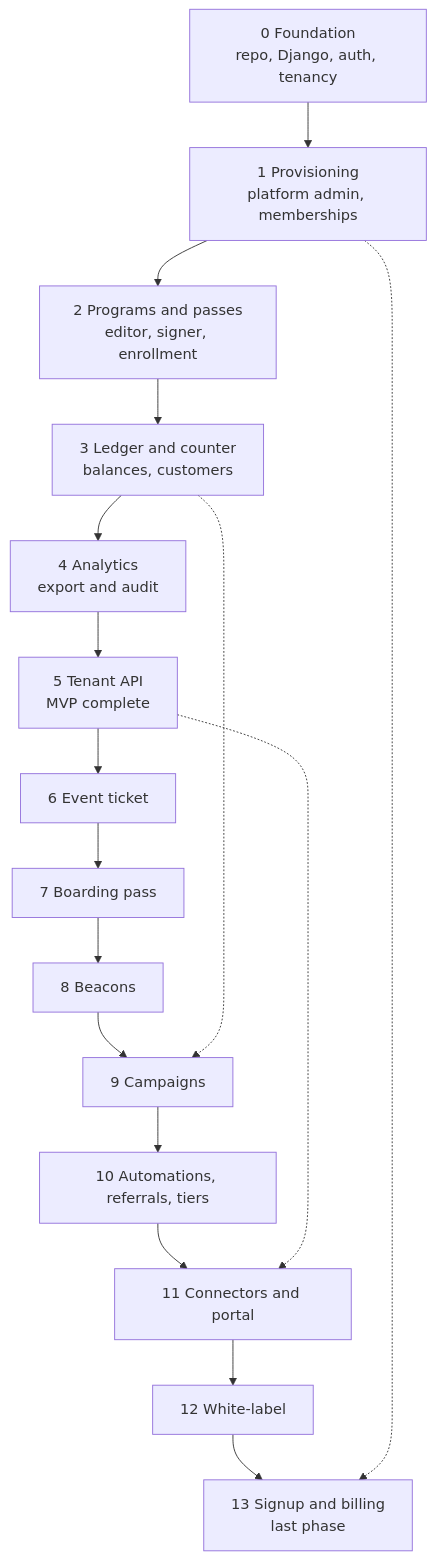
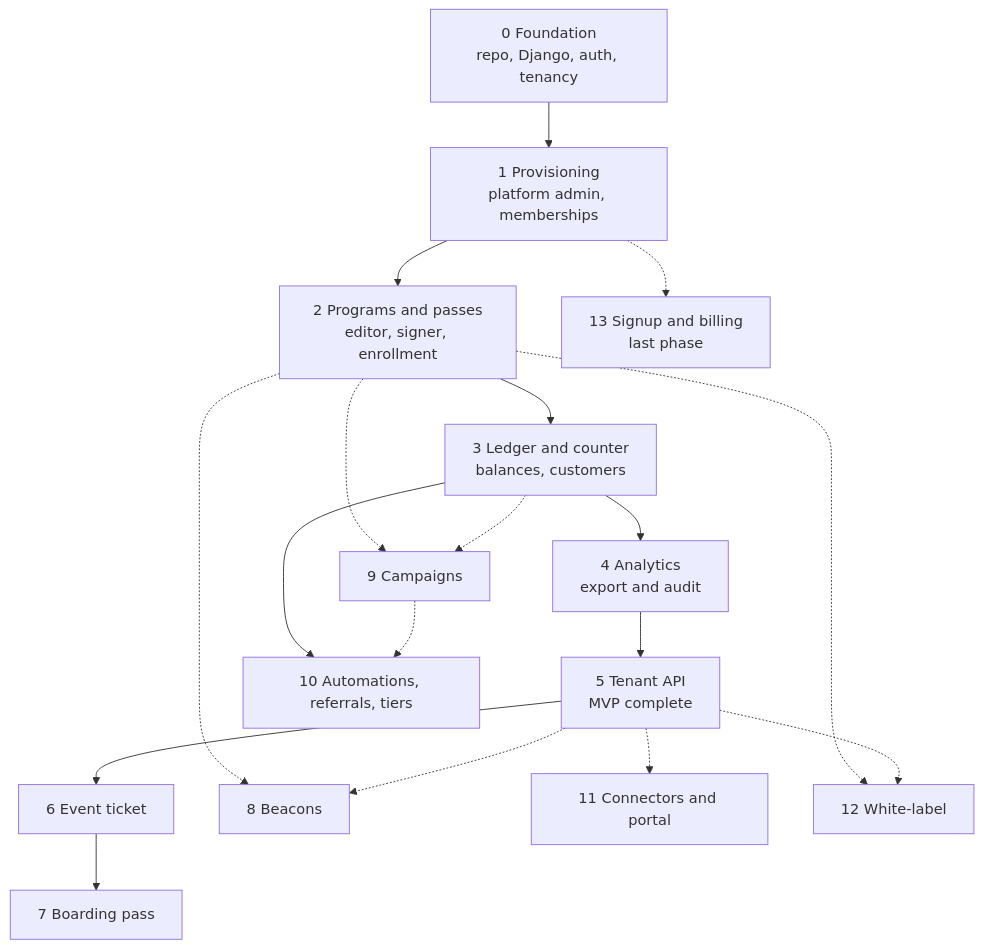
The first of 2 diagrams in output/plan/IMPLEMENTATION_PLAN.md (fahadasnan/hermes-council), drawn with Mermaid before and after one commit. The commit also changed other lines of this file, not shown here.

Commit message:
Auto: council progress 14:16 - 1 file(s): IMPLEMENTATION_PLAN.md

````diff
--- a/output/plan/IMPLEMENTATION_PLAN.md
+++ b/output/plan/IMPLEMENTATION_PLAN.md
@@ -13,21 +13,28 @@
 ```mermaid
 flowchart TD
   P0["0 Foundation<br/>repo, Django, auth, tenancy"]
   P1["1 Provisioning<br/>platform admin, memberships"]
   P2["2 Programs and passes<br/>editor, signer, enrollment"]
   P3["3 Ledger and counter<br/>balances, customers"]
   P4["4 Analytics<br/>export and audit"]
   P5["5 Tenant API<br/>MVP complete"]
   P6["6 Event ticket"]
   P7["7 Boarding pass"]
   P8["8 Beacons"]
   P9["9 Campaigns"]
   P10["10 Automations, referrals, tiers"]
   P11["11 Connectors and portal"]
   P12["12 White-label"]
   P13["13 Signup and billing<br/>last phase"]
-  P0 --> P1 --> P2 --> P3 --> P4 --> P5 --> P6 --> P7 --> P8 --> P9 --> P10 --> P11 --> P12 --> P13
+  P0 --> P1 --> P2 --> P3 --> P4 --> P5 --> P6 --> P7
+  P2 -.-> P8
+  P5 -.-> P8
+  P2 -.-> P9
   P3 -.-> P9
+  P3 --> P10
+  P9 -.-> P10
   P5 -.-> P11
+  P2 -.-> P12
+  P5 -.-> P12
   P1 -.-> P13
 ```
````
